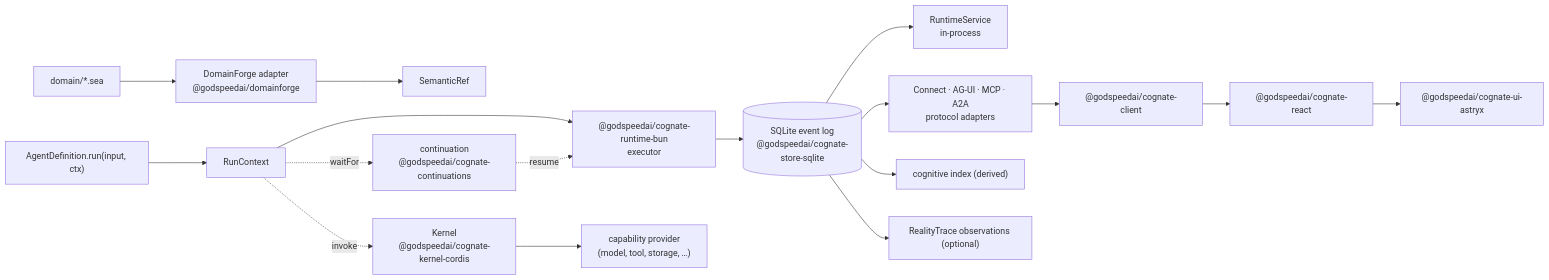
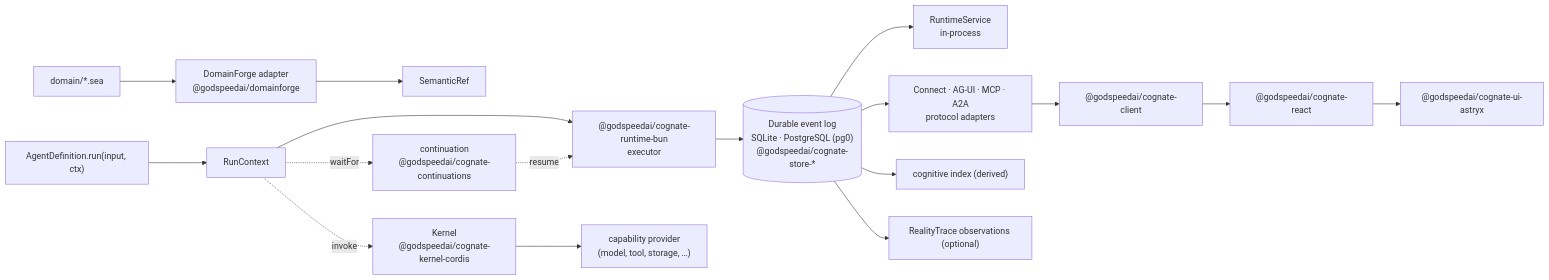
Before and after one commit to GodSpeedAI/Cognate: the diagram in docs/README.md, drawn with Mermaid. The commit also changed other lines of this file and 12 other files, not shown here.

````diff
--- a/docs/README.md
+++ b/docs/README.md
@@ -25,21 +26,21 @@
 ```mermaid
 flowchart LR
     SEA["domain/*.sea"] --> DF["DomainForge adapter<br/>@godspeedai/domainforge"]
     DF --> REF["SemanticRef"]
 
     AG["AgentDefinition.run(input, ctx)"] --> RC["RunContext"]
     RC --> EX["@godspeedai/cognate-runtime-bun<br/>executor"]
-    EX --> ST[("SQLite event log<br/>@godspeedai/cognate-store-sqlite")]
+    EX --> ST[("Durable event log<br/>SQLite · PostgreSQL (pg0)<br/>@godspeedai/cognate-store-*")]
     RC -.invoke.-> KN["Kernel<br/>@godspeedai/cognate-kernel-cordis"]
     KN --> PR["capability provider<br/>(model, tool, storage, …)"]
     RC -.waitFor.-> CT["continuation<br/>@godspeedai/cognate-continuations"]
     CT -.resume.-> EX
 
     ST --> SVC["RuntimeService<br/>in-process"]
     ST --> CP["Connect · AG-UI · MCP · A2A<br/>protocol adapters"]
     CP --> CL["@godspeedai/cognate-client"]
     CL --> RE["@godspeedai/cognate-react"]
     RE --> UI["@godspeedai/cognate-ui-astryx"]
     ST --> COG["cognitive index (derived)"]
     ST --> OBS["RealityTrace observations (optional)"]
 ```
````
